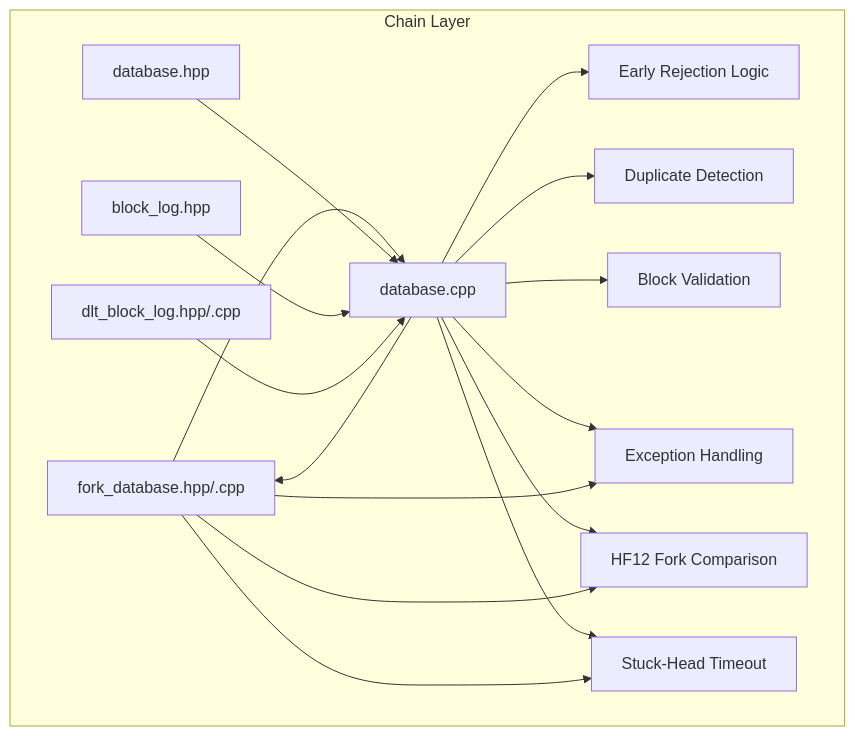
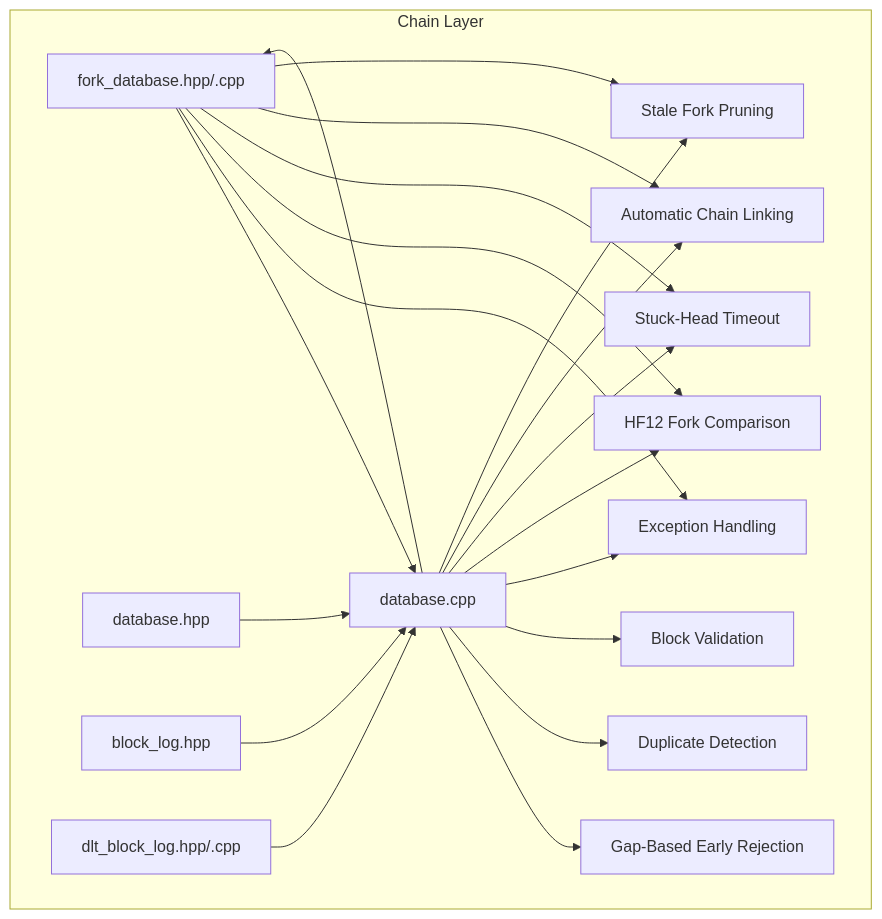
One commit to VIZ-Blockchain/viz-cpp-node changed the first of 16 diagrams in .qoder/repowiki/en/content/Architecture Overview/Core Libraries/Chain Library/Fork Resolution and Consensus.md. Above: the diagram before and after it, drawn with Mermaid. The commit also changed other lines of this file and 4 other files, not shown here.

````diff
--- a/.qoder/repowiki/en/content/Architecture Overview/Core Libraries/Chain Library/Fork Resolution and Consensus.md
+++ b/.qoder/repowiki/en/content/Architecture Overview/Core Libraries/Chain Library/Fork Resolution and Consensus.md
@@ -57,30 +56,36 @@
 ```mermaid
 graph TB
 subgraph "Chain Layer"
 FD["fork_database.hpp/.cpp"]
 DBH["database.hpp"]
 DBC["database.cpp"]
 BLH["block_log.hpp"]
 DLTH["dlt_block_log.hpp/.cpp"]
-END["Early Rejection Logic"]
+END["Gap-Based Early Rejection"]
 END2["Duplicate Detection"]
 END3["Block Validation"]
 END4["Exception Handling"]
 END5["HF12 Fork Comparison"]
 END6["Stuck-Head Timeout"]
+END7["Automatic Chain Linking"]
+END8["Stale Fork Pruning"]
 end
 FD --> DBC
 DBH --> DBC
 BLH --> DBC
 DLTH --> DBC
 DBC --> FD
 DBC --> END
 DBC --> END2
 DBC --> END3
 DBC --> END4
 DBC --> END5
 DBC --> END6
+DBC --> END7
+DBC --> END8
 FD --> END4
 FD --> END5
 FD --> END6
+FD --> END7
+FD --> END8
 ```
````
